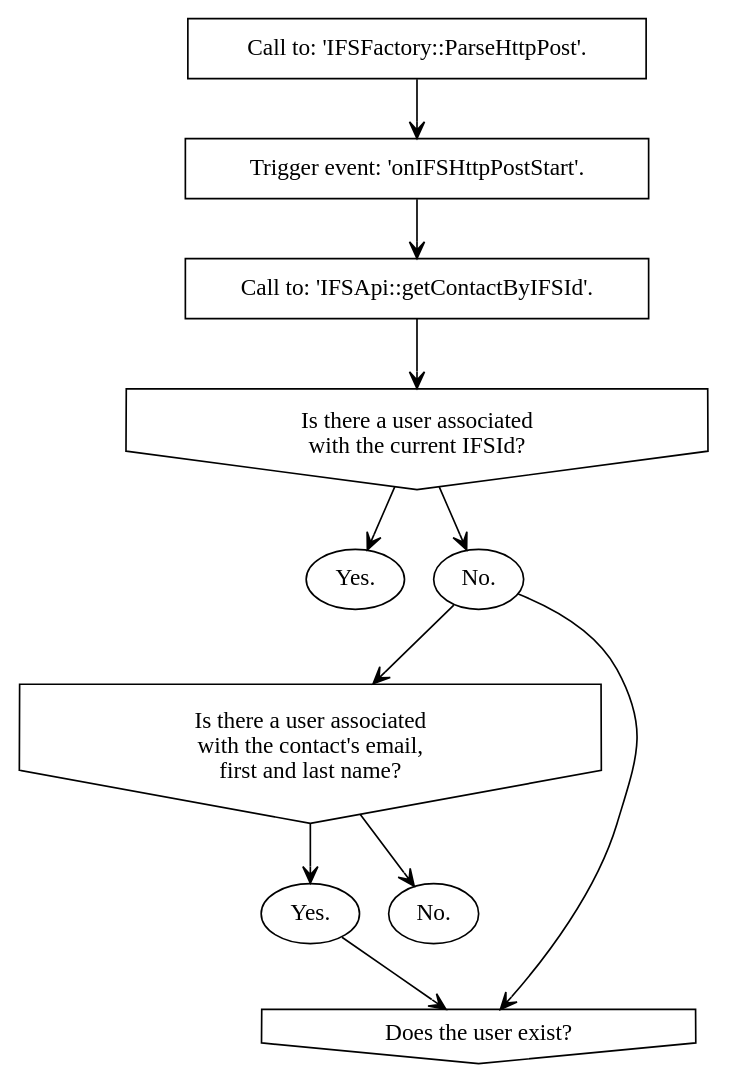
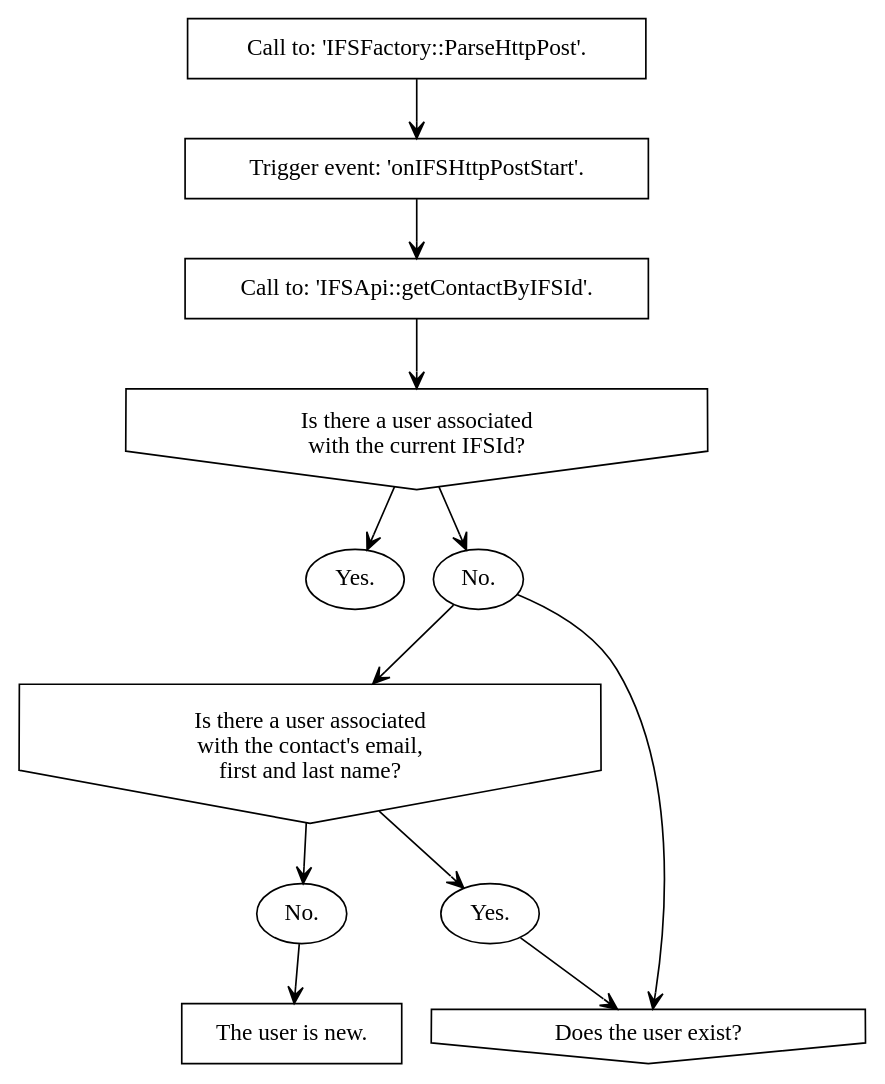
Before and after one commit to treste91/JoomFuse: the diagram in docs/procedures/register_user.rst, drawn with Graphviz.

```diff
--- a/docs/procedures/register_user.rst
+++ b/docs/procedures/register_user.rst
@@ -4,26 +4,28 @@
 .. graphviz::
 
    digraph {
    
       1 [label="Call to: 'IFSFactory::ParseHttpPost'." shape=rectangle]
       2 [label="Trigger event: 'onIFSHttpPostStart'." shape=rectangle]
       3 [label="Call to: 'IFSApi::getContactByIFSId'." shape=rectangle]
       4 [label="Is there a user associated\n with the current IFSId?" shape=invhouse]
       5 [label="Yes." shape=oval]
       6 [label="No." shape=oval]
       7 [label="Is there a user associated\n with the contact's email,\n first and last name?" shape=invhouse]
       8 [label="Yes." shape=oval]
       9 [label="Does the user exist?" shape=invhouse]
       10 [label="No." shape=oval]
+      11 [label="The user is new." shape=rectangle]
       
       1 -> 2 [arrowhead=vee arrowsize=1]
       2 -> 3 [arrowhead=vee arrowsize=1]
       3 -> 4 [arrowhead=vee arrowsize=1]
       4 -> 5 [arrowhead=vee arrowsize=1]
       4 -> 6 [arrowhead=vee arrowsize=1]
       6 -> 7 [arrowhead=vee arrowsize=1]
       7 -> 8 [arrowhead=vee arrowsize=1]
       8 -> 9 [arrowhead=vee arrowsize=1]
       6 -> 9 [arrowhead=vee arrowsize=1]
       7 -> 10 [arrowhead=vee arrowsize=1]
+      10 -> 11 [arrowhead=vee arrowsize=1]
    }
```
